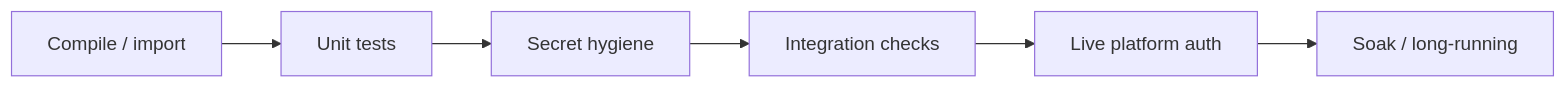
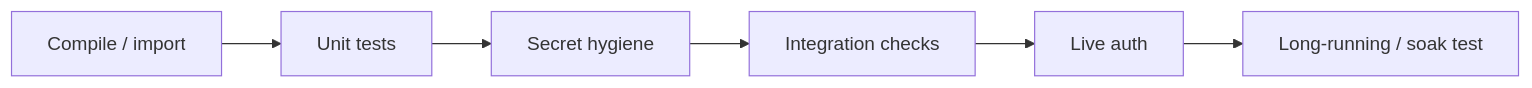
One commit to Agro4221/Vexa changed the fifth of 6 diagrams in README.md. Above: the diagram before and after it, drawn with Mermaid. The commit also changed other lines of this file, not shown here.

```diff
--- a/README.md
+++ b/README.md
@@ -169,8 +299,8 @@
 ~~~mermaid
 flowchart LR
     A["Compile / import"] --> B["Unit tests"]
     B --> C["Secret hygiene"]
     C --> D["Integration checks"]
-    D --> E["Live platform auth"]
-    E --> F["Soak / long-running"]
+    D --> E["Live auth"]
+    E --> F["Long-running / soak test"]
 ~~~
```
